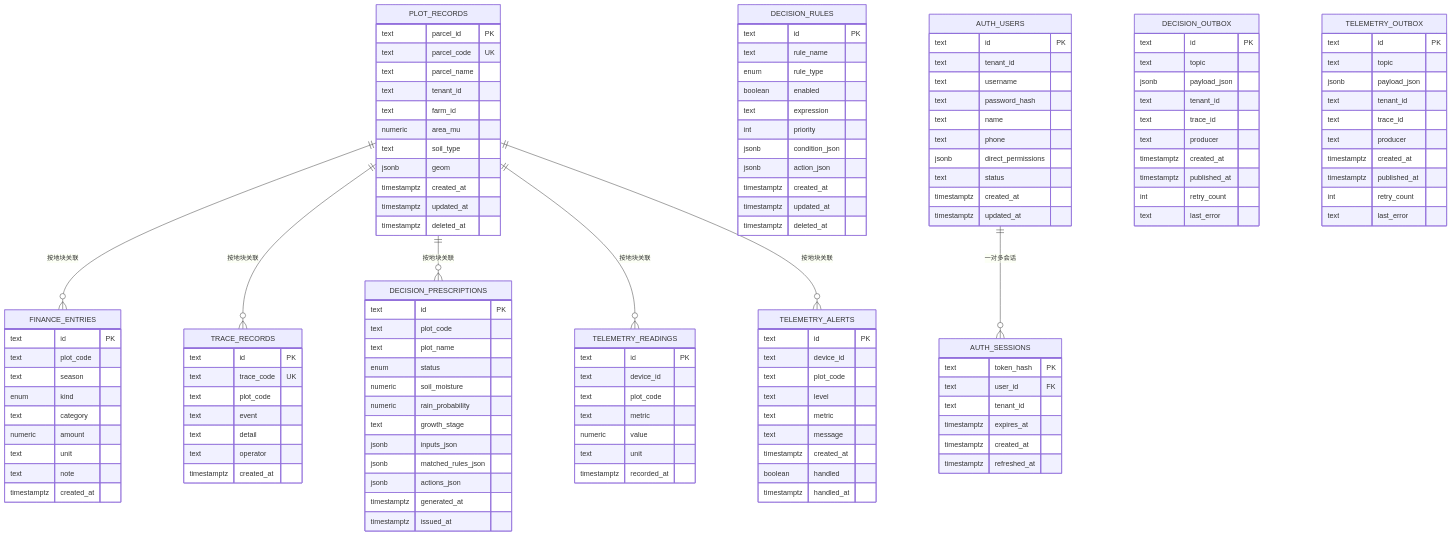
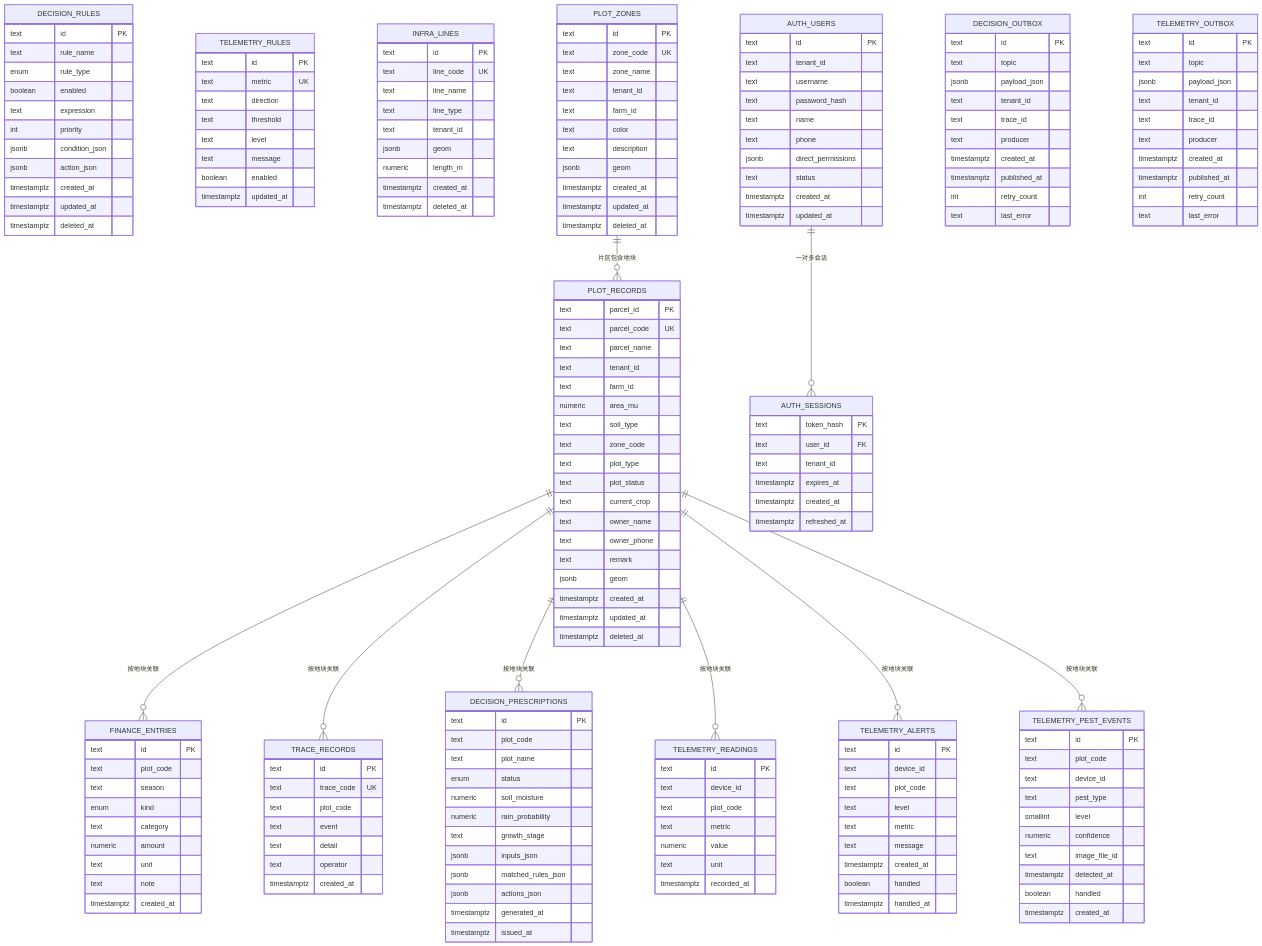
Before and after one commit to q446328246/agri-platform: the third of 10 diagrams in .qoder/repowiki/zh/content/数据库设计/数据库设计.md, drawn with Mermaid. The commit also changed other lines of this file and 68 other files, not shown here.

````diff
--- a/.qoder/repowiki/zh/content/数据库设计/数据库设计.md
+++ b/.qoder/repowiki/zh/content/数据库设计/数据库设计.md
@@ -165,6 +208,13 @@
 text farm_id
 numeric area_mu
 text soil_type
+text zone_code
+text plot_type
+text plot_status
+text current_crop
+text owner_name
+text owner_phone
+text remark
 jsonb geom
 timestamptz created_at
 timestamptz updated_at
@@ -237,6 +287,52 @@
 boolean handled
 timestamptz handled_at
 }
+TELEMETRY_RULES {
+text id PK
+text metric UK
+text direction
+text threshold
+text level
+text message
+boolean enabled
+timestamptz updated_at
+}
+TELEMETRY_PEST_EVENTS {
+text id PK
+text plot_code
+text device_id
+text pest_type
+smallint level
+numeric confidence
+text image_file_id
+timestamptz detected_at
+boolean handled
+timestamptz created_at
+}
+INFRA_LINES {
+text id PK
+text line_code UK
+text line_name
+text line_type
+text tenant_id
+jsonb geom
+numeric length_m
+timestamptz created_at
+timestamptz deleted_at
+}
+PLOT_ZONES {
+text id PK
+text zone_code UK
+text zone_name
+text tenant_id
+text farm_id
+text color
+text description
+jsonb geom
+timestamptz created_at
+timestamptz updated_at
+timestamptz deleted_at
+}
 AUTH_USERS {
 text id PK
 text tenant_id
@@ -286,5 +382,7 @@
 PLOT_RECORDS ||--o{ DECISION_PRESCRIPTIONS : "按地块关联"
 PLOT_RECORDS ||--o{ TELEMETRY_READINGS : "按地块关联"
 PLOT_RECORDS ||--o{ TELEMETRY_ALERTS : "按地块关联"
+PLOT_RECORDS ||--o{ TELEMETRY_PEST_EVENTS : "按地块关联"
+PLOT_ZONES ||--o{ PLOT_RECORDS : "片区包含地块"
 AUTH_USERS ||--o{ AUTH_SESSIONS : "一对多会话"
 ```
````
